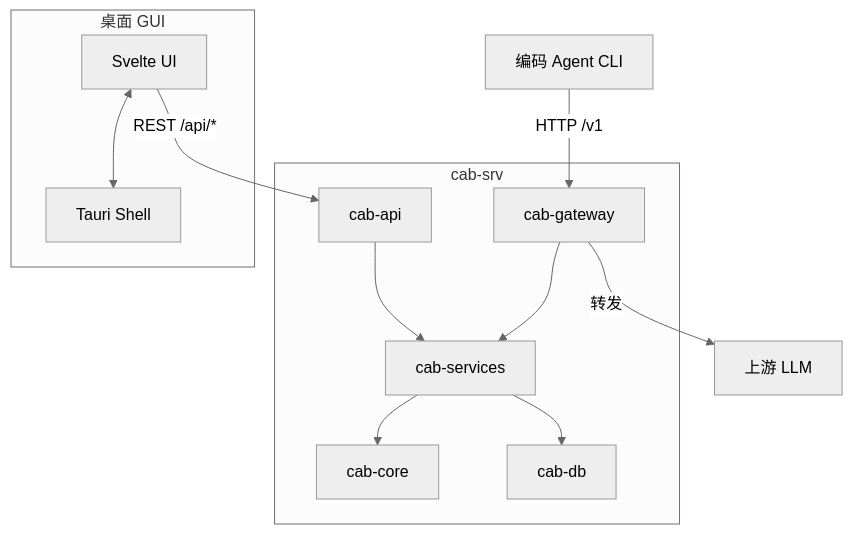
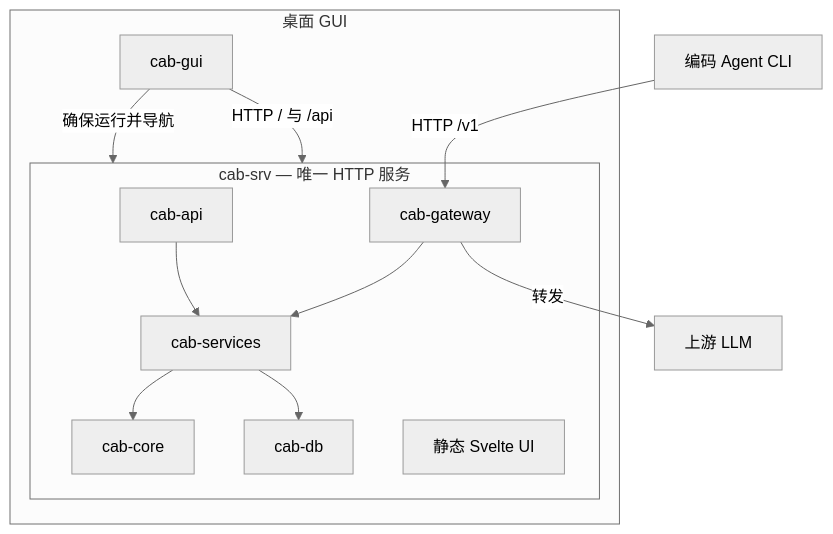
The diagram in docs/src/content/docs/zh-cn/reference/architecture.md (xiongdi/cab), drawn with Mermaid (neutral theme) before and after one commit. The commit also changed other lines of this file and 37 other files, not shown here.

````diff
--- a/docs/src/content/docs/zh-cn/reference/architecture.md
+++ b/docs/src/content/docs/zh-cn/reference/architecture.md
@@ -8,17 +8,18 @@
 ```mermaid
 graph TD
     subgraph Frontend [桌面 GUI]
-        Svelte[Svelte UI] <--> Tauri[Tauri Shell]
+        Tauri[cab-gui] -->|确保运行并导航| CabSrv
     end
 
-    subgraph Backend [cab-srv]
+    subgraph CabSrv [cab-srv — 唯一 HTTP 服务]
         API[cab-api] --> Services[cab-services]
         Gateway[cab-gateway] --> Services
         Services --> Core[cab-core]
         Services --> DB[cab-db]
+        UI[静态 Svelte UI]
     end
 
     Agent[编码 Agent CLI] -->|HTTP /v1| Gateway
     Gateway -->|转发| LLM[上游 LLM]
-    Svelte -->|REST /api/*| API
+    Tauri -->|HTTP / 与 /api| CabSrv
 ```
````
